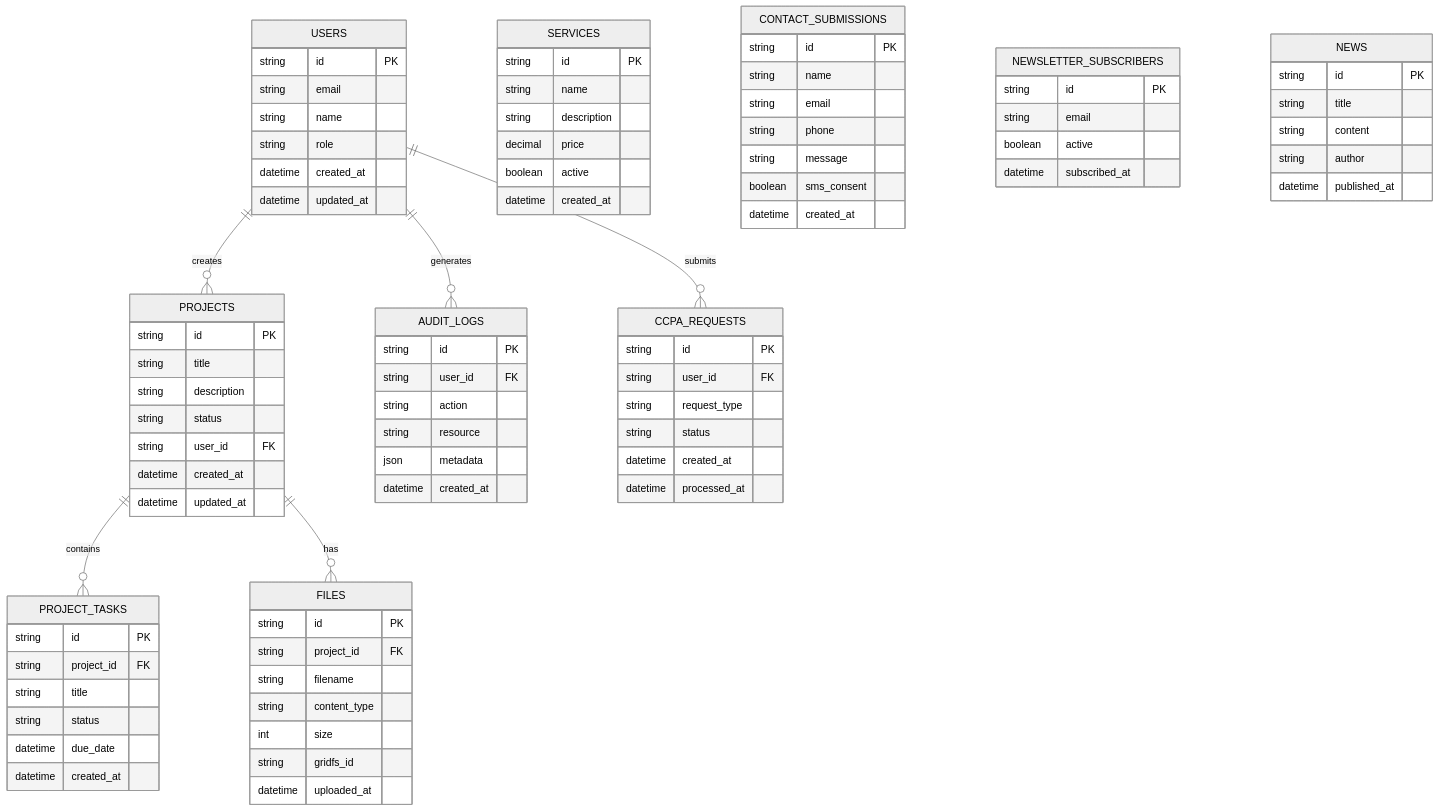
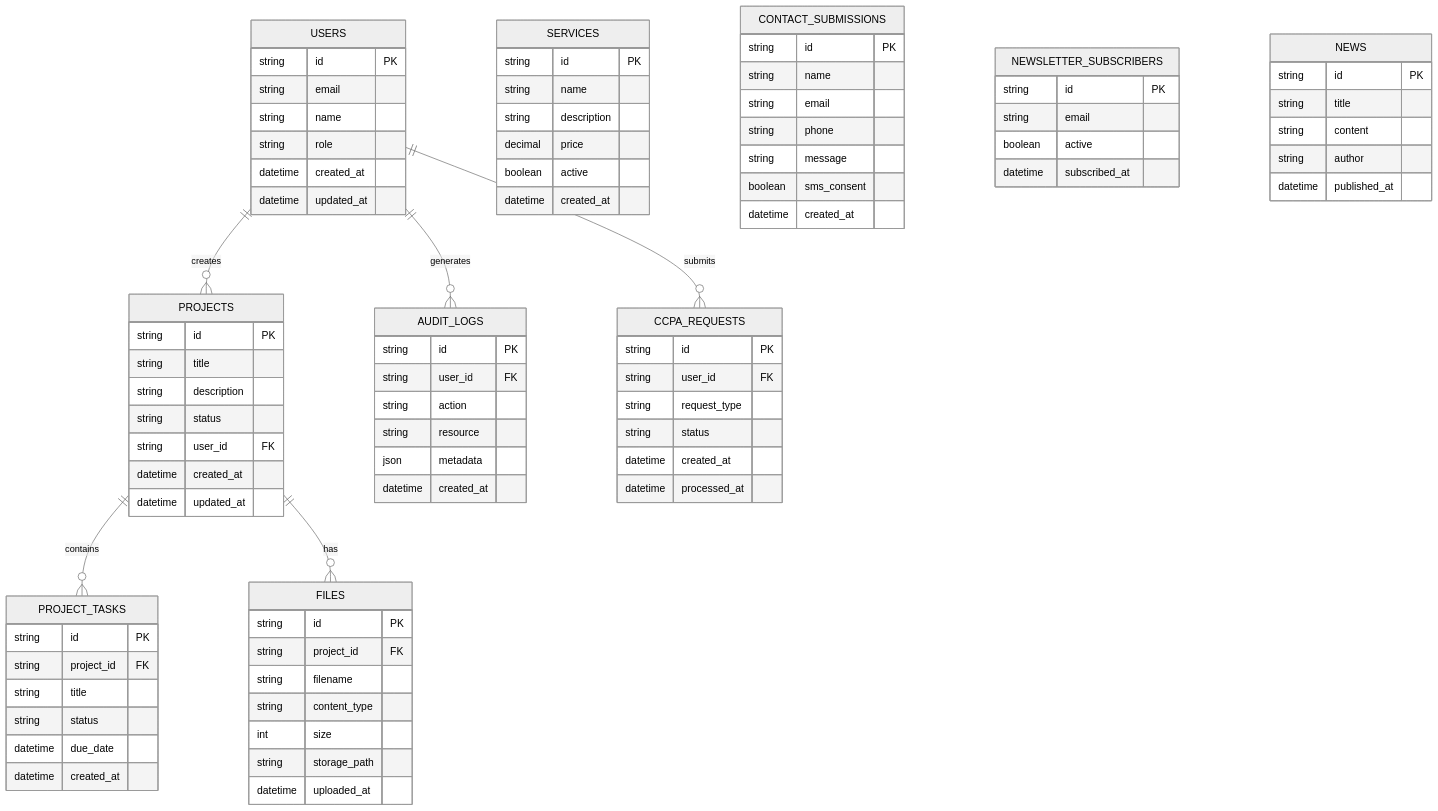
The sixth of 19 diagrams in docs/SYSTEM_ARCHITECTURE.md (dobeutech/dobeunet-vercel), drawn with Mermaid (neutral theme) before and after one commit. The commit also changed other lines of this file and 5 other files, not shown here.

````diff
--- a/docs/SYSTEM_ARCHITECTURE.md
+++ b/docs/SYSTEM_ARCHITECTURE.md
@@ -390,7 +390,7 @@
         string filename
         string content_type
         int size
-        string gridfs_id
+        string storage_path
         datetime uploaded_at
     }
 ```
````
